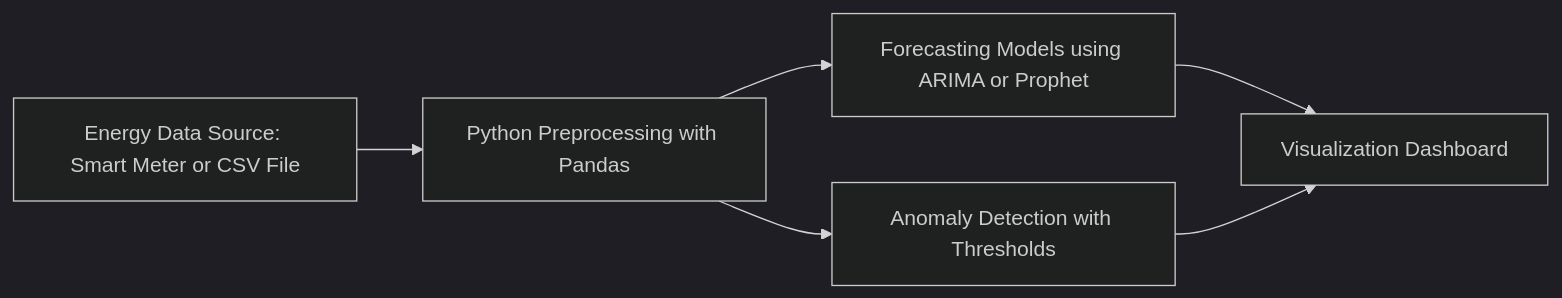
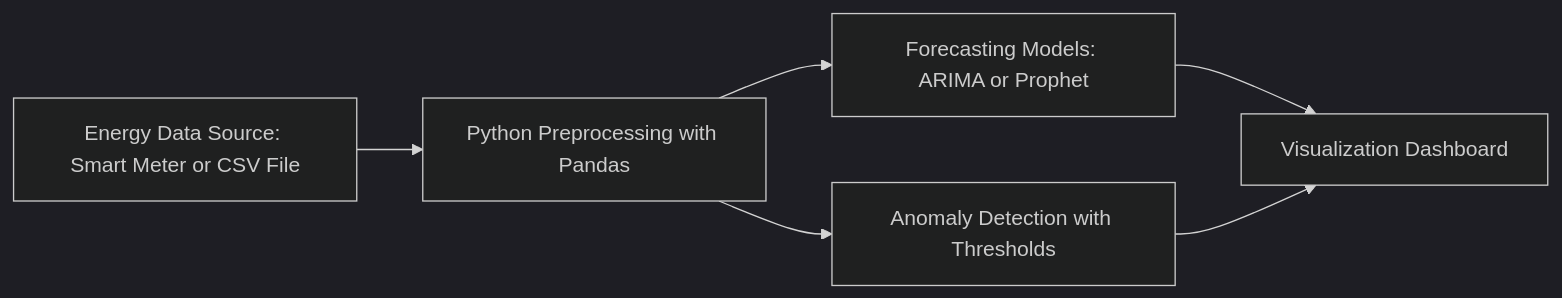
The first of 3 diagrams in README.md (sulemanali5760/Smart-Energy-Monitoring-with-Predictive-Analytics-), drawn with Mermaid (dark theme) before and after one commit. The commit also changed other lines of this file, not shown here.

````diff
--- a/README.md
+++ b/README.md
@@ -17,8 +17,8 @@
 ```mermaid
 flowchart LR
     A[Energy Data Source: Smart Meter or CSV File] --> B[Python Preprocessing with Pandas]
-    B --> C[Forecasting Models using ARIMA or Prophet]
+    B --> C[Forecasting Models: ARIMA or Prophet]
     B --> D[Anomaly Detection with Thresholds]
     C --> E[Visualization Dashboard]
     D --> E[Visualization Dashboard]
 ```
````
